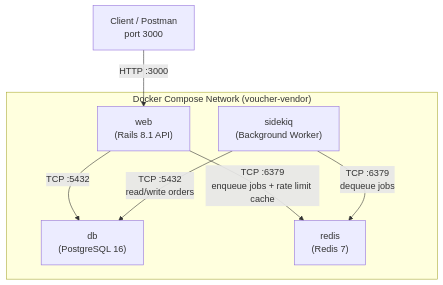
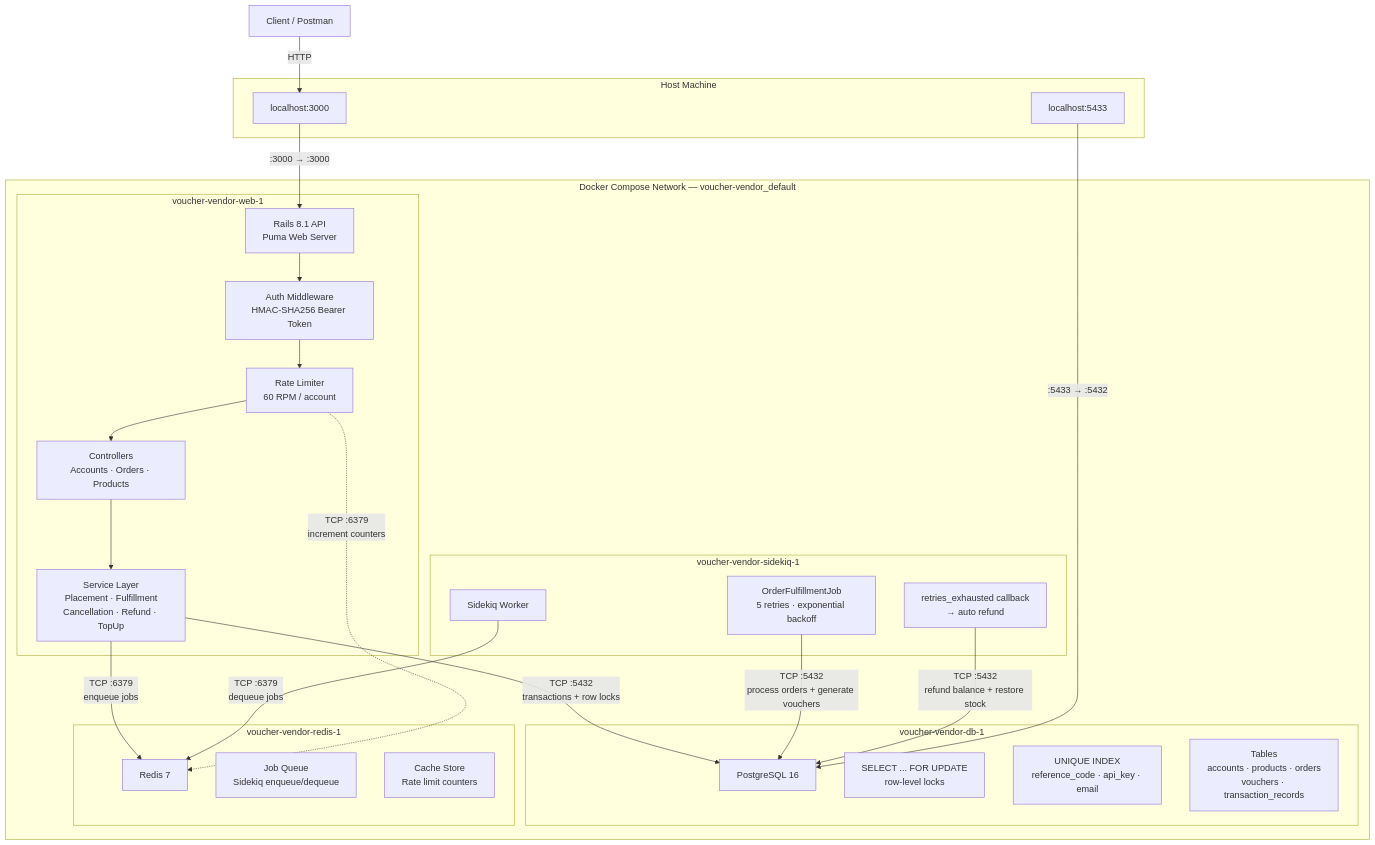
The first of 5 diagrams in docs/architecture.md (code-it-samurai/Voucher-Vendor-API-Rails), drawn with Mermaid before and after one commit. The commit also changed other lines of this file and 10 other files, not shown here.

First line of the commit message:
Docs overhaul: dark theme, auto-setup, detailed diagrams, table fixes

````diff
--- a/docs/architecture.md
+++ b/docs/architecture.md
@@ -5,17 +5,57 @@
 ```mermaid
 graph TB
-    Client["Client / Postman<br/>port 3000"]
+    Client["Client / Postman"]
 
-    subgraph Docker["Docker Compose Network (voucher-vendor)"]
-        Web["web<br/>(Rails 8.1 API)"]
-        DB["db<br/>(PostgreSQL 16)"]
-        Redis["redis<br/>(Redis 7)"]
-        Sidekiq["sidekiq<br/>(Background Worker)"]
+    subgraph Host["Host Machine"]
+        Port3000["localhost:3000"]
+        Port5433["localhost:5433"]
     end
 
-    Client -->|"HTTP :3000"| Web
-    Web -->|"TCP :5432"| DB
-    Web -->|"TCP :6379<br/>enqueue jobs + rate limit cache"| Redis
-    Sidekiq -->|"TCP :6379<br/>dequeue jobs"| Redis
-    Sidekiq -->|"TCP :5432<br/>read/write orders"| DB
+    subgraph Docker["Docker Compose Network — voucher-vendor_default"]
+        subgraph WebContainer["voucher-vendor-web-1"]
+            Rails["Rails 8.1 API<br/>Puma Web Server"]
+            Auth["Auth Middleware<br/>HMAC-SHA256 Bearer Token"]
+            RateLimit["Rate Limiter<br/>60 RPM / account"]
+            Controllers["Controllers<br/>Accounts · Orders · Products"]
+            Services["Service Layer<br/>Placement · Fulfillment<br/>Cancellation · Refund · TopUp"]
+        end
+
+        subgraph SidekiqContainer["voucher-vendor-sidekiq-1"]
+            Worker["Sidekiq Worker"]
+            FulfillmentJob["OrderFulfillmentJob<br/>5 retries · exponential backoff"]
+            RetryExhausted["retries_exhausted callback<br/>→ auto refund"]
+        end
+
+        subgraph DBContainer["voucher-vendor-db-1"]
+            PG["PostgreSQL 16"]
+            RowLocks["SELECT ... FOR UPDATE<br/>row-level locks"]
+            UniqueIdx["UNIQUE INDEX<br/>reference_code · api_key · email"]
+            Tables["Tables<br/>accounts · products · orders<br/>vouchers · transaction_records"]
+        end
+
+        subgraph RedisContainer["voucher-vendor-redis-1"]
+            RedisServer["Redis 7"]
+            JobQueue["Job Queue<br/>Sidekiq enqueue/dequeue"]
+            CacheStore["Cache Store<br/>Rate limit counters"]
+        end
+    end
+
+    Client -->|"HTTP"| Port3000
+    Port3000 -->|":3000 → :3000"| Rails
+
+    Rails --> Auth
+    Auth --> RateLimit
+    RateLimit --> Controllers
+    Controllers --> Services
+
+    Services -->|"TCP :5432<br/>transactions + row locks"| PG
+    Services -->|"TCP :6379<br/>enqueue jobs"| RedisServer
+
+    Worker -->|"TCP :6379<br/>dequeue jobs"| RedisServer
+    FulfillmentJob -->|"TCP :5432<br/>process orders + generate vouchers"| PG
+    RetryExhausted -->|"TCP :5432<br/>refund balance + restore stock"| PG
+
+    Port5433 -->|":5433 → :5432"| PG
+
+    RateLimit -.->|"TCP :6379<br/>increment counters"| RedisServer
 ```
````
